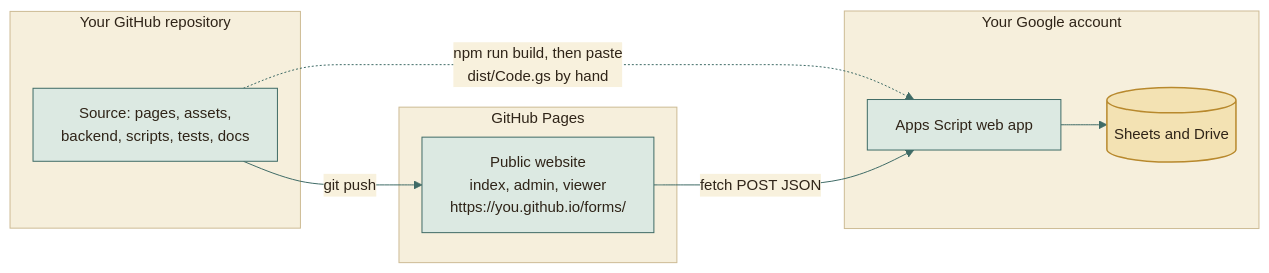
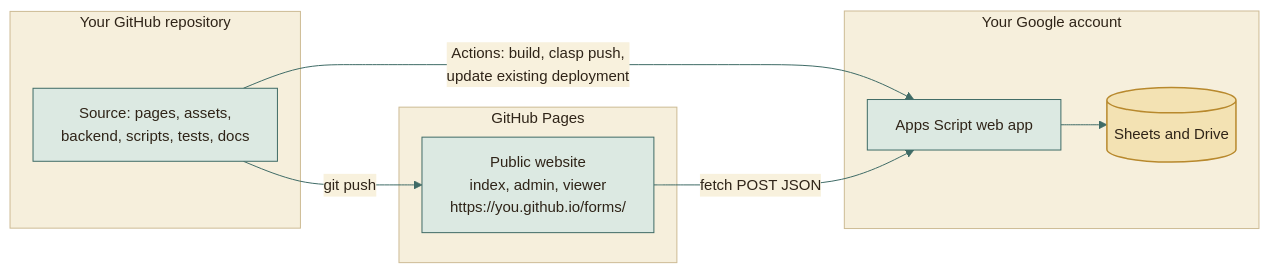
The first of 4 diagrams in docs/architecture/HOSTING.md (moyeh04/forms-platform), drawn with Mermaid before and after one commit. The commit also changed other lines of this file and 14 other files, not shown here.

````diff
--- a/docs/architecture/HOSTING.md
+++ b/docs/architecture/HOSTING.md
@@ -6,46 +6,46 @@
 ```mermaid
 %%{init: {
   'theme': 'base',
   'themeVariables': {
     'fontFamily': 'ui-sans-serif, system-ui, -apple-system, Segoe UI, Roboto, sans-serif',
     'fontSize': '15px',
     'primaryColor': '#DCE9E2', 'primaryBorderColor': '#3F6B66', 'primaryTextColor': '#2F2418',
     'secondaryColor': '#F0E4C8', 'secondaryBorderColor': '#C9A24A', 'secondaryTextColor': '#2F2418',
     'tertiaryColor': '#F6EFDC', 'tertiaryBorderColor': '#CDBB94', 'tertiaryTextColor': '#2F2418',
     'lineColor': '#3F6B66', 'textColor': '#2F2418', 'mainBkg': '#DCE9E2', 'nodeBorder': '#3F6B66',
     'clusterBkg': '#F6EFDC', 'clusterBorder': '#CDBB94', 'titleColor': '#2F2418',
     'edgeLabelBackground': '#F8F1DD',
     'actorBkg': '#DCE9E2', 'actorBorder': '#3F6B66', 'actorTextColor': '#2F2418', 'actorLineColor': '#8FB3AB',
     'signalColor': '#477A73', 'signalTextColor': '#477A73',
     'labelBoxBkgColor': '#F0E4C8', 'labelBoxBorderColor': '#C9A24A', 'labelTextColor': '#2F2418', 'loopTextColor': '#6A5A44',
     'noteBkgColor': '#FBEFC9', 'noteBorderColor': '#C9A24A', 'noteTextColor': '#2F2418',
     'activationBkgColor': '#DCE9E2', 'activationBorderColor': '#3F6B66', 'sequenceNumberColor': '#F8F1DD',
     'transitionColor': '#3F6B66', 'stateLabelColor': '#2F2418', 'stateBkg': '#DCE9E2', 'altBackground': '#F6EFDC',
     'attributeBackgroundColorOdd': '#F8F1DD', 'attributeBackgroundColorEven': '#F0E4C8'
   },
   'flowchart': {'curve': 'basis', 'padding': 14, 'nodeSpacing': 40, 'rankSpacing': 46},
   'sequence': {'mirrorActors': false, 'messageMargin': 34, 'boxMargin': 8}
 }}%%
 flowchart LR
     subgraph repo["Your GitHub repository"]
         code["Source: pages, assets,<br/>backend, scripts, tests, docs"]
     end
     subgraph pages["GitHub Pages"]
         site["Public website<br/>index, admin, viewer<br/>https://you.github.io/forms/"]
     end
     subgraph google["Your Google account"]
         gas["Apps Script web app"]
         data[("Sheets and Drive")]
     end
     code -- "git push" --> site
-    code -. "npm run build, then paste<br/>dist/Code.gs by hand" .-> gas
+    code -- "Actions: build, clasp push,<br/>update existing deployment" --> gas
     site -- "fetch POST JSON" --> gas
     gas --> data
     classDef cDb fill:#F3E2B3,stroke:#B8892D,stroke-width:1.5px,color:#2F2418
     classDef cActor fill:#F4D9D3,stroke:#9A3328,stroke-width:1.5px,color:#2F2418
     classDef cDec fill:#FBEFC9,stroke:#C9A24A,stroke-width:1.5px,color:#2F2418
     classDef cEnd fill:#2F2418,stroke:#2F2418,color:#F8F1DD
     classDef cErr fill:#F6D5CF,stroke:#A12B1F,stroke-width:1.5px,color:#5A140C
     classDef cOk fill:#BFD9CF,stroke:#2E5A55,stroke-width:1.5px,color:#17302D
     class data cDb
 ```
````
